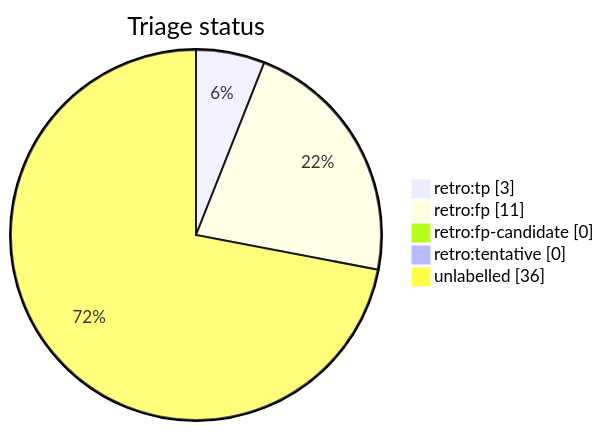
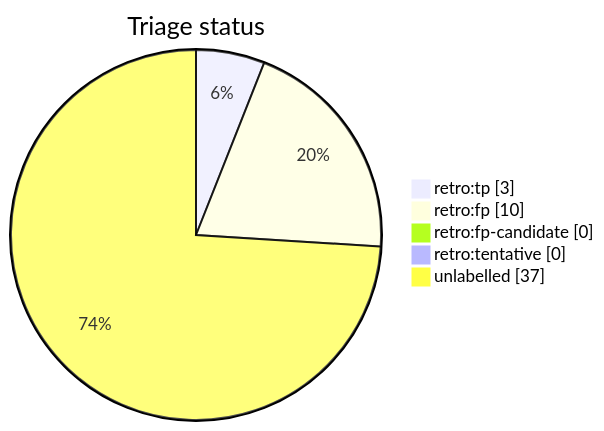
Before and after one commit to tvna/claude-md: the diagram in docs/generated/scripts/auto-retro-triage-report.md, drawn with Mermaid. The commit also changed other lines of this file, not shown here.

First line of the commit message:
chore(auto-retro): refresh triage report

````diff
--- a/docs/generated/scripts/auto-retro-triage-report.md
+++ b/docs/generated/scripts/auto-retro-triage-report.md
@@ -15,9 +15,9 @@
 ```mermaid
 pie showData
     title Triage status
     "retro:tp" : 3
-    "retro:fp" : 11
+    "retro:fp" : 10
     "retro:fp-candidate" : 0
     "retro:tentative" : 0
-    "unlabelled" : 36
+    "unlabelled" : 37
 ```
````
